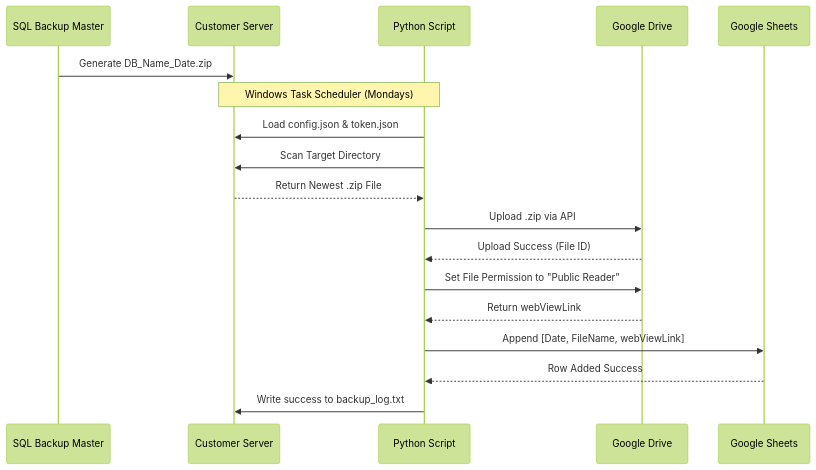
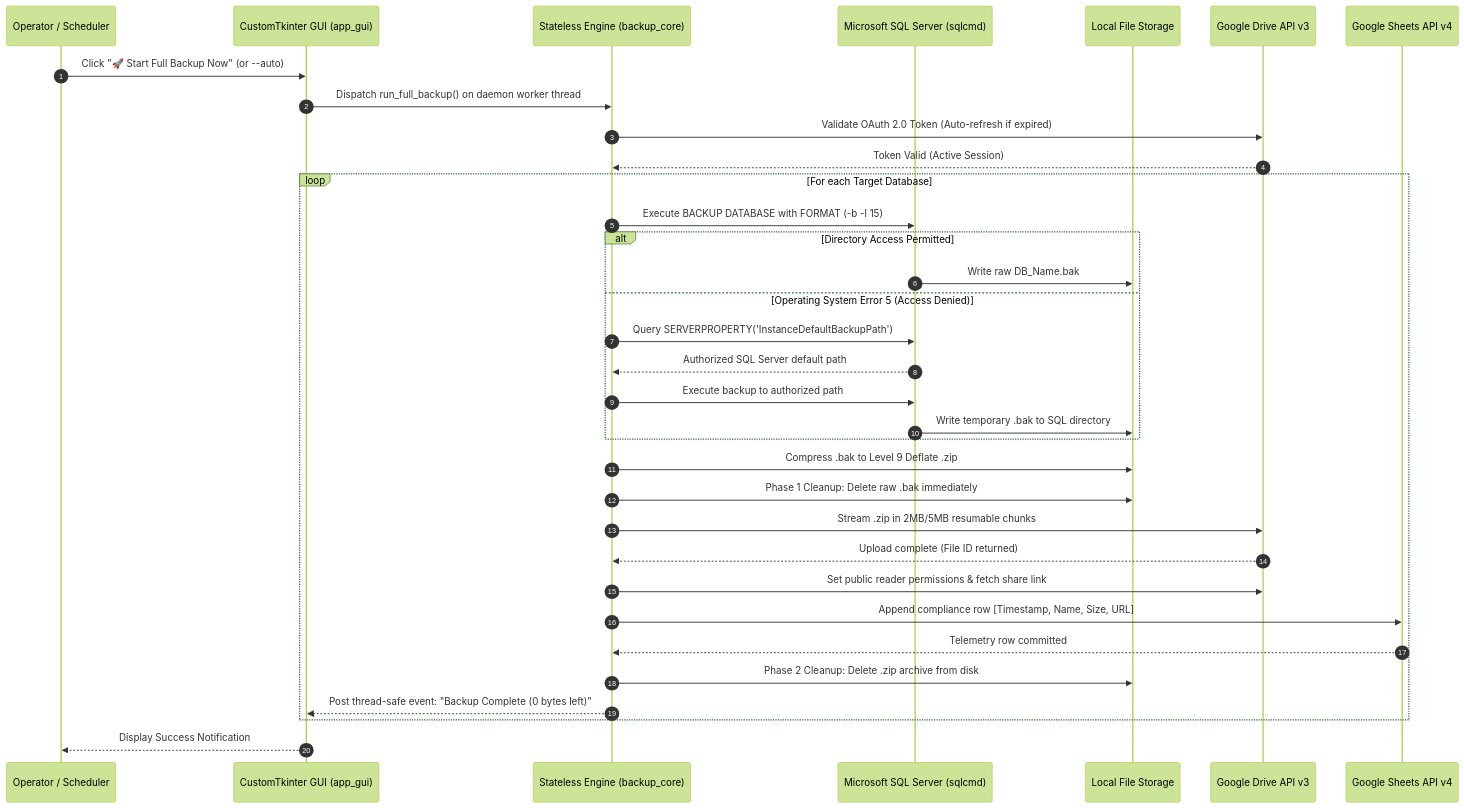
One commit to dulnindu123/Database-Backup-Automation changed the second of 5 diagrams in BackupAutomation_Documentation.md. Above: the diagram before and after it, drawn with Mermaid (forest theme). The commit also changed other lines of this file and 6 other files, not shown here.

Commit message:
docs: enrich system architecture guide and documentations with screenshots, diagrams, and operational runbook

````diff
--- a/BackupAutomation_Documentation.md
+++ b/BackupAutomation_Documentation.md
@@ -36,21 +90,42 @@
 ```mermaid
 sequenceDiagram
-    participant SBM as SQL Backup Master
-    participant Server as Customer Server
-    participant Script as Python Script
-    participant GDrive as Google Drive
-    participant GSheets as Google Sheets
+    autonumber
+    participant Op as Operator / Scheduler
+    participant UI as CustomTkinter GUI (app_gui)
+    participant Core as Stateless Engine (backup_core)
+    participant SQL as Microsoft SQL Server (sqlcmd)
+    participant Disk as Local File Storage
+    participant Drive as Google Drive API v3
+    participant Sheet as Google Sheets API v4
 
-    SBM->>Server: Generate DB_Name_Date.zip
-    Note over Server, Script: Windows Task Scheduler (Mondays)
-    Script->>Server: Load config.json & token.json
-    Script->>Server: Scan Target Directory
-    Server-->>Script: Return Newest .zip File
-    Script->>GDrive: Upload .zip via API
-    GDrive-->>Script: Upload Success (File ID)
-    Script->>GDrive: Set File Permission to "Public Reader"
-    GDrive-->>Script: Return webViewLink
-    Script->>GSheets: Append [Date, FileName, webViewLink]
-    GSheets-->>Script: Row Added Success
-    Script->>Server: Write success to backup_log.txt
+    Op->>UI: Click "🚀 Start Full Backup Now" (or --auto)
+    UI->>Core: Dispatch run_full_backup() on daemon worker thread
+    Core->>Drive: Validate OAuth 2.0 Token (Auto-refresh if expired)
+    Drive-->>Core: Token Valid (Active Session)
+
+    loop For each Target Database
+        Core->>SQL: Execute BACKUP DATABASE with FORMAT (-b -l 15)
+        alt Directory Access Permitted
+            SQL->>Disk: Write raw DB_Name.bak
+        else Operating System Error 5 (Access Denied)
+            Core->>SQL: Query SERVERPROPERTY('InstanceDefaultBackupPath')
+            SQL-->>Core: Authorized SQL Server default path
+            Core->>SQL: Execute backup to authorized path
+            SQL->>Disk: Write temporary .bak to SQL directory
+        end
+
+        Core->>Disk: Compress .bak to Level 9 Deflate .zip
+        Core->>Disk: Phase 1 Cleanup: Delete raw .bak immediately
+        
+        Core->>Drive: Stream .zip in 2MB/5MB resumable chunks
+        Drive-->>Core: Upload complete (File ID returned)
+        Core->>Drive: Set public reader permissions & fetch share link
+
+        Core->>Sheet: Append compliance row [Timestamp, Name, Size, URL]
+        Sheet-->>Core: Telemetry row committed
+
+        Core->>Disk: Phase 2 Cleanup: Delete .zip archive from disk
+        Core-->>UI: Post thread-safe event: "Backup Complete (0 bytes left)"
+    end
+    UI-->>Op: Display Success Notification
 ```
````
